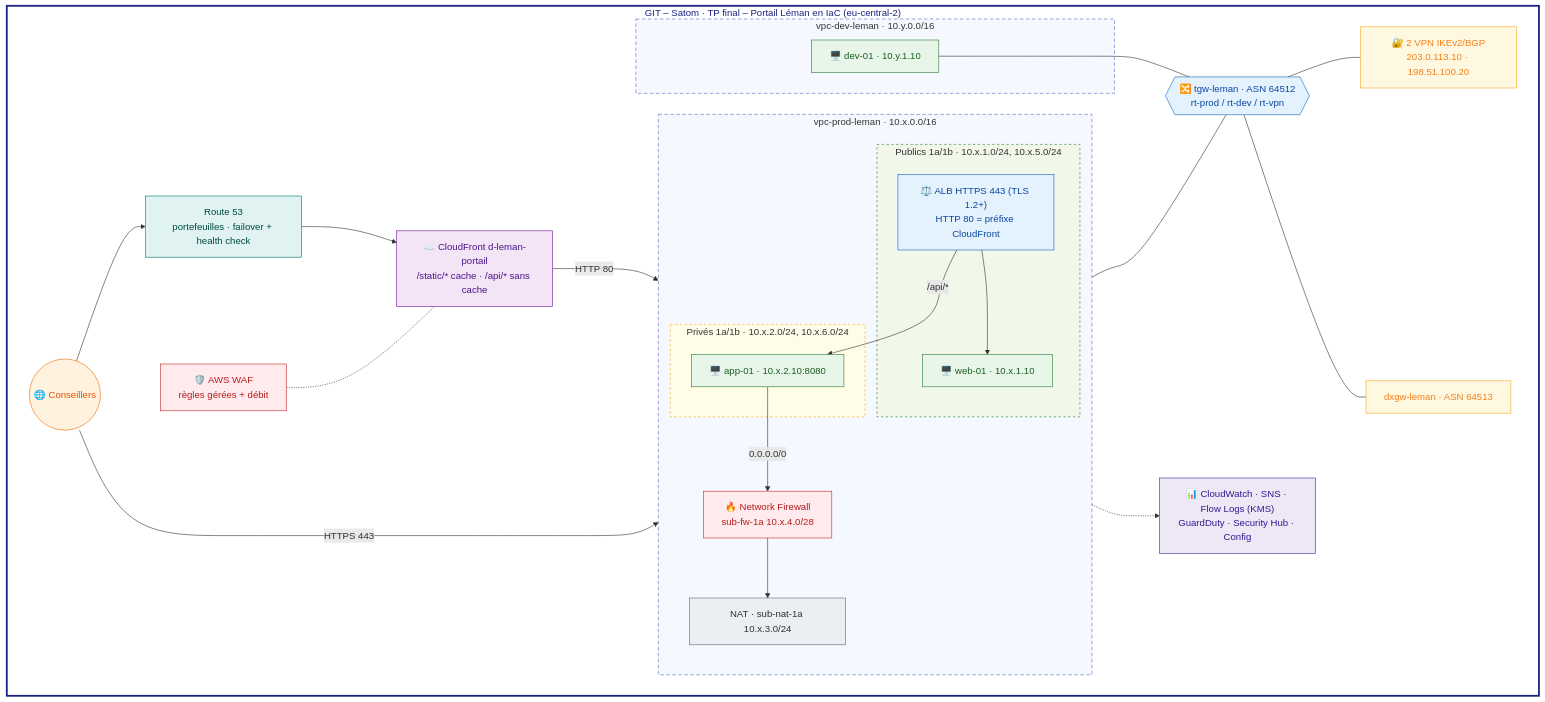
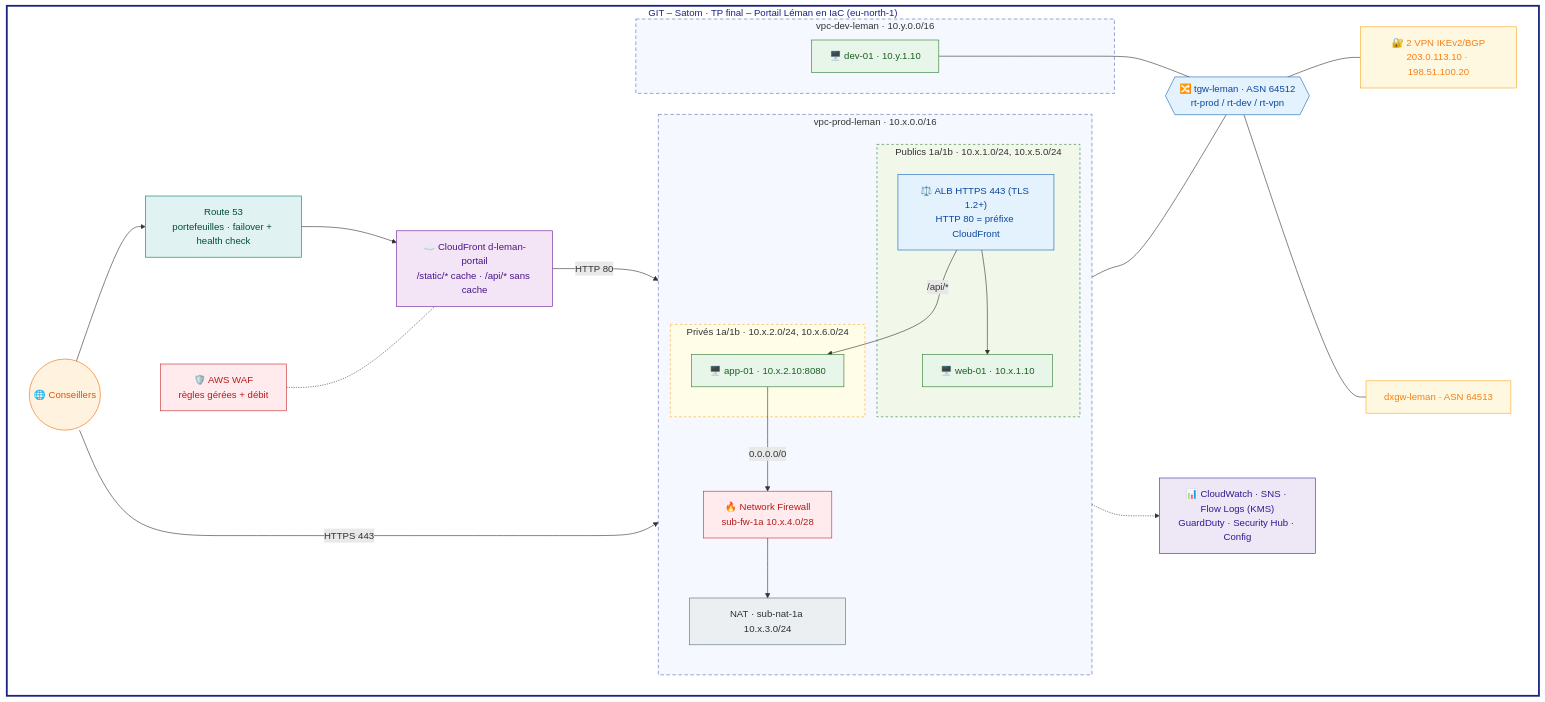
Before and after one commit to Adriano74f/satom-leman-portail: the diagram in docs/architecture.md, drawn with Mermaid. The commit also changed 10 other files, not shown here.

````diff
--- a/docs/architecture.md
+++ b/docs/architecture.md
@@ -5,57 +5,57 @@
 ```mermaid
 flowchart LR
-  subgraph BAN["GIT – Satom · TP final – Portail Léman en IaC (eu-central-2)"]
+  subgraph BAN["GIT – Satom · TP final – Portail Léman en IaC (eu-north-1)"]
     direction LR
     CLI(("🌐 Conseillers")):::inet
     WAF["🛡️ AWS WAF<br/>règles gérées + débit"]:::sec
     CF["☁️ CloudFront d-leman-portail<br/>/static/* cache · /api/* sans cache"]:::cf
     R53["Route 53<br/>portefeuilles · failover + health check"]:::dns
     subgraph PROD["vpc-prod-leman · 10.x.0.0/16"]
       direction TB
       subgraph PUB["Publics 1a/1b · 10.x.1.0/24, 10.x.5.0/24"]
         ALB["⚖️ ALB HTTPS 443 (TLS 1.2+)<br/>HTTP 80 = préfixe CloudFront"]:::lb
         WEB["🖥️ web-01 · 10.x.1.10"]:::srv
       end
       subgraph PRIV["Privés 1a/1b · 10.x.2.0/24, 10.x.6.0/24"]
         APP["🖥️ app-01 · 10.x.2.10:8080"]:::srv
       end
       FW["🔥 Network Firewall<br/>sub-fw-1a 10.x.4.0/28"]:::fw
       NAT["NAT · sub-nat-1a 10.x.3.0/24"]:::gw
     end
     subgraph DEV["vpc-dev-leman · 10.y.0.0/16"]
       DEV1["🖥️ dev-01 · 10.y.1.10"]:::srv
     end
     TGW{{"🔀 tgw-leman · ASN 64512<br/>rt-prod / rt-dev / rt-vpn"}}:::tgw
     VPN["🔐 2 VPN IKEv2/BGP<br/>203.0.113.10 · 198.51.100.20"]:::cgw
     DX["dxgw-leman · ASN 64513"]:::cgw
     MON["📊 CloudWatch · SNS · Flow Logs (KMS)<br/>GuardDuty · Security Hub · Config"]:::mon
   end
   CLI --> R53 --> CF
   WAF -.- CF
   CF -- "HTTP 80" --> ALB
   CLI -- "HTTPS 443" --> ALB
   ALB --> WEB
   ALB -- "/api/*" --> APP
   APP -- "0.0.0.0/0" --> FW --> NAT
   APP --- TGW
   DEV1 --- TGW
   TGW --- VPN
   TGW --- DX
   PROD -.-> MON
   classDef inet fill:#fff3e0,stroke:#ef6c00,color:#e65100
   classDef sec fill:#ffebee,stroke:#c62828,color:#b71c1c
   classDef cf fill:#f3e5f5,stroke:#6a1b9a,color:#4a148c
   classDef dns fill:#e0f2f1,stroke:#00796b,color:#004d40
   classDef lb fill:#e3f2fd,stroke:#1565c0,color:#0d47a1
   classDef srv fill:#e8f5e9,stroke:#2e7d32,color:#1b5e20
   classDef fw fill:#ffebee,stroke:#c62828,color:#b71c1c
   classDef gw fill:#eceff1,stroke:#546e7a,color:#263238
   classDef tgw fill:#e3f2fd,stroke:#1565c0,color:#0d47a1
   classDef cgw fill:#fff8e1,stroke:#f9a825,color:#f57f17
   classDef mon fill:#ede7f6,stroke:#4527a0,color:#311b92
   style BAN fill:#ffffff,stroke:#1a237e,stroke-width:3px,color:#1a237e
   style PROD fill:#f5f9ff,stroke:#5c6bc0,stroke-dasharray:6 4
   style DEV fill:#f5f9ff,stroke:#5c6bc0,stroke-dasharray:6 4
   style PUB fill:#f1f8e9,stroke:#2e7d32,stroke-dasharray:4 4
   style PRIV fill:#fffde7,stroke:#f9a825,stroke-dasharray:4 4
 ```
````
